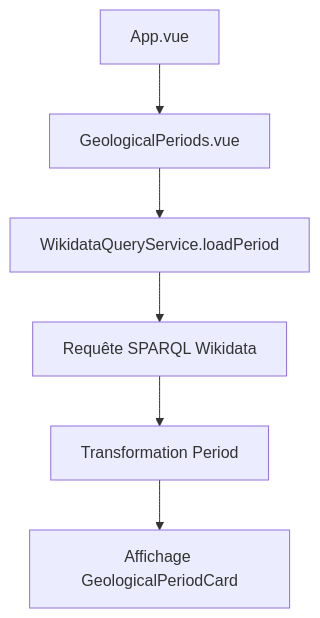
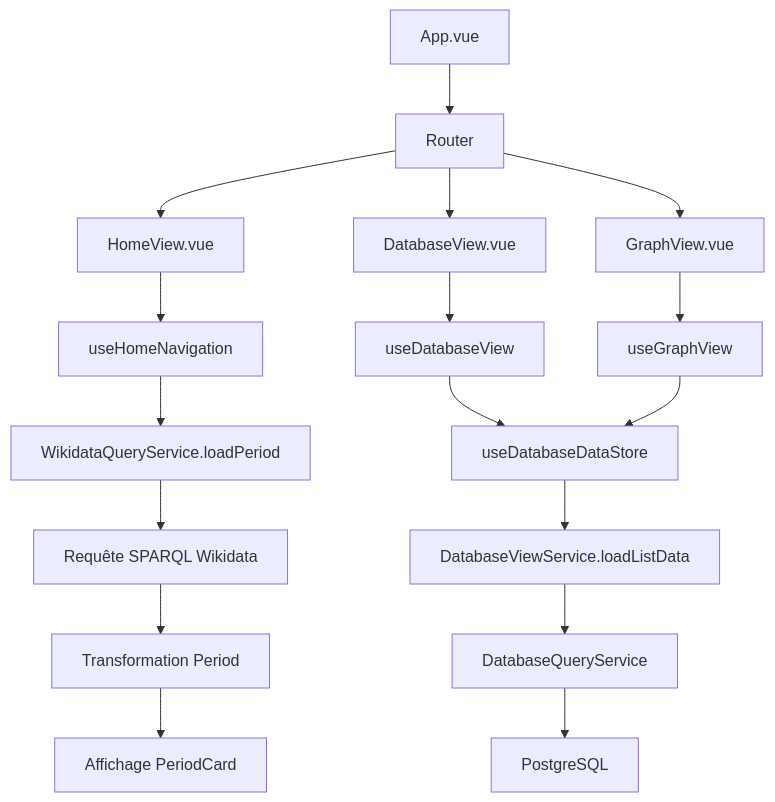
One commit to flobutbut/UniversalTimeline changed the first of 9 diagrams in Documentation-flux-donnees.md. Above: the diagram before and after it, drawn with Mermaid. The commit also changed other lines of this file and 5 other files, not shown here.

````diff
--- a/Documentation-flux-donnees.md
+++ b/Documentation-flux-donnees.md
@@ -13,8 +20,21 @@
 ```mermaid
 graph TD
-    A[App.vue] --> B[GeologicalPeriods.vue]
-    B --> C[WikidataQueryService.loadPeriod]
-    C --> D[Requête SPARQL Wikidata]
-    D --> E[Transformation Period]
-    E --> F[Affichage GeologicalPeriodCard]
+    A[App.vue] --> B[Router]
+    B --> C[HomeView.vue]
+    C --> D[useHomeNavigation]
+    D --> E[WikidataQueryService.loadPeriod]
+    E --> F[Requête SPARQL Wikidata]
+    F --> G[Transformation Period]
+    G --> H[Affichage PeriodCard]
+    
+    B --> I[DatabaseView.vue]
+    I --> J[useDatabaseView]
+    J --> K[useDatabaseDataStore]
+    K --> L[DatabaseViewService.loadListData]
+    L --> M[DatabaseQueryService]
+    M --> N[PostgreSQL]
+    
+    B --> O[GraphView.vue]
+    O --> P[useGraphView]
+    P --> K
 ```
````
